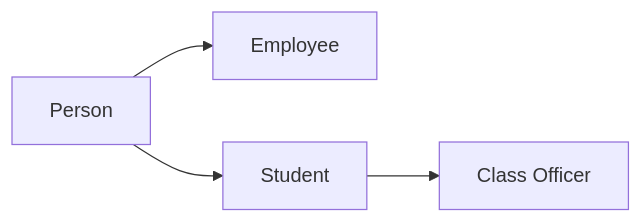
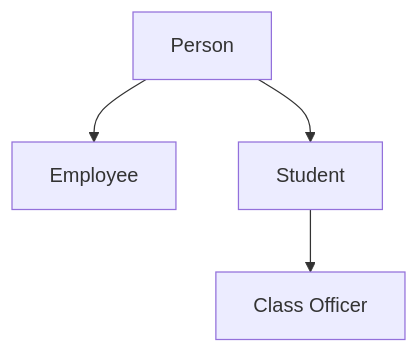
The first of 9 diagrams in Part 2 - OOP.md (Terria-K/G11), drawn with Mermaid before and after one commit. The commit also changed other lines of this file, not shown here.

````diff
--- a/Part 2 - OOP.md
+++ b/Part 2 - OOP.md
@@ -3,6 +3,6 @@
 ```mermaid
-graph LR
+graph TD
 A[Person] --> B[Employee]
 A --> C[Student]
 C --> D[Class Officer]
 ```
````
